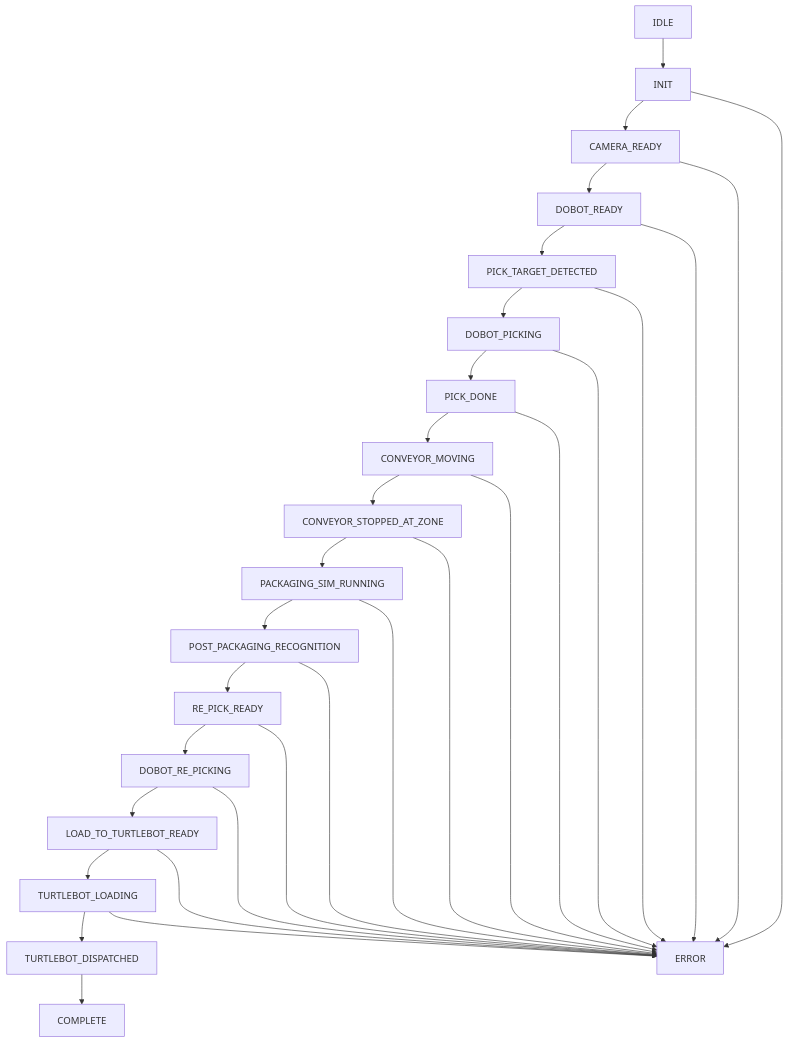
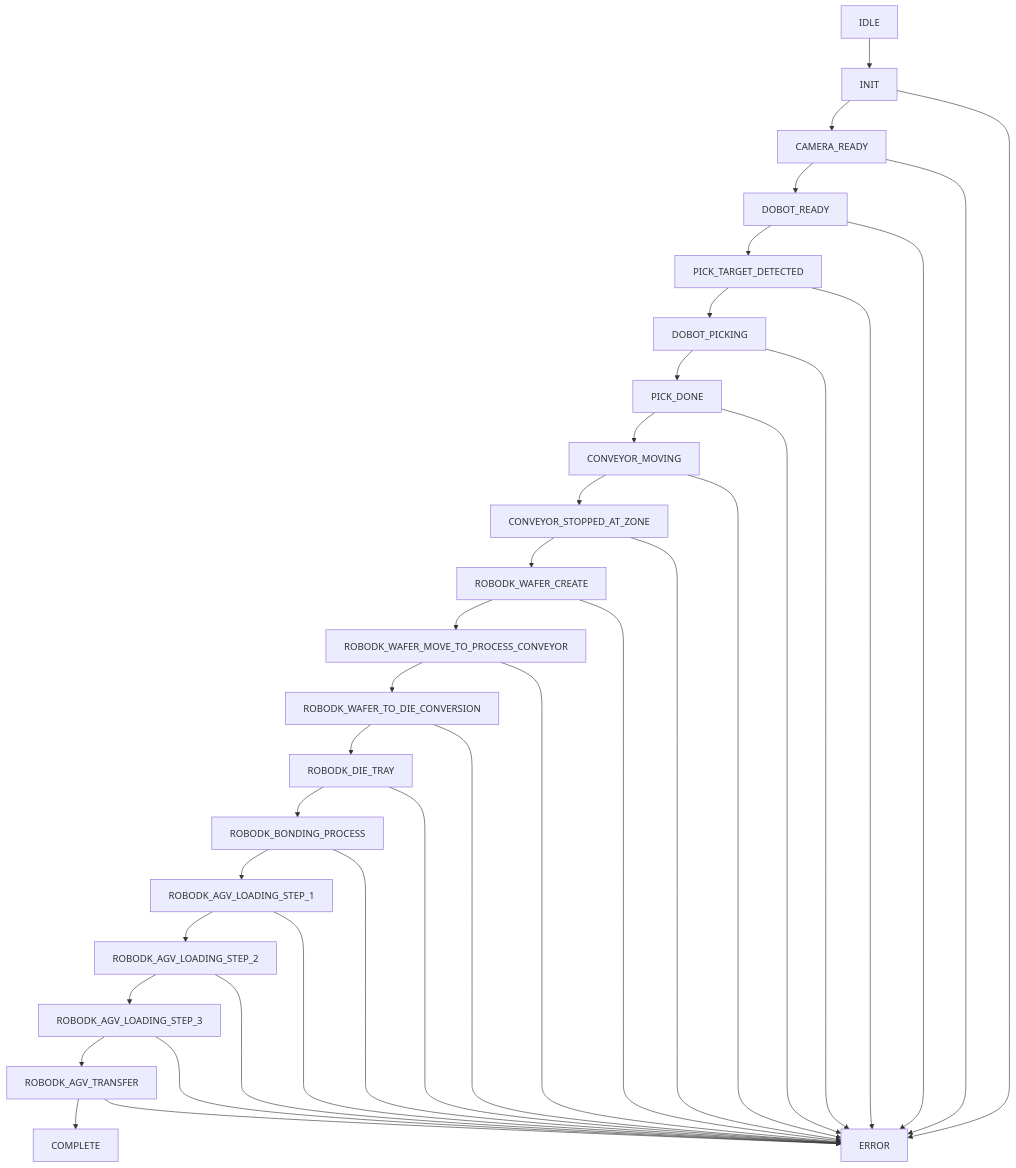
One commit to rootjihn/semiconductor-digital-twin changed the third of 5 diagrams in Modbus/README.md. Above: the diagram before and after it, drawn with Mermaid. The commit also changed other lines of this file and 97 other files, not shown here.

````diff
--- a/Modbus/README.md
+++ b/Modbus/README.md
@@ -367,34 +384,39 @@
 ```mermaid
 flowchart TD
     A[IDLE] --> B[INIT]
     B --> C[CAMERA_READY]
     C --> D[DOBOT_READY]
     D --> E[PICK_TARGET_DETECTED]
     E --> F[DOBOT_PICKING]
     F --> G[PICK_DONE]
     G --> H[CONVEYOR_MOVING]
     H --> I[CONVEYOR_STOPPED_AT_ZONE]
-    I --> J[PACKAGING_SIM_RUNNING]
-    J --> K[POST_PACKAGING_RECOGNITION]
-    K --> L[RE_PICK_READY]
-    L --> M[DOBOT_RE_PICKING]
-    M --> N[LOAD_TO_TURTLEBOT_READY]
-    N --> O[TURTLEBOT_LOADING]
-    O --> P[TURTLEBOT_DISPATCHED]
-    P --> Q[COMPLETE]
+    I --> J[ROBODK_WAFER_CREATE]
+    J --> K[ROBODK_WAFER_MOVE_TO_PROCESS_CONVEYOR]
+    K --> L[ROBODK_WAFER_TO_DIE_CONVERSION]
+    L --> M[ROBODK_DIE_TRAY]
+    M --> N[ROBODK_BONDING_PROCESS]
+    N --> O[ROBODK_AGV_LOADING_STEP_1]
+    O --> P[ROBODK_AGV_LOADING_STEP_2]
+    P --> Q[ROBODK_AGV_LOADING_STEP_3]
+    Q --> R[ROBODK_AGV_TRANSFER]
+    R --> S[COMPLETE]
 
     B --> Z[ERROR]
     C --> Z
     D --> Z
     E --> Z
     F --> Z
     G --> Z
     H --> Z
     I --> Z
     J --> Z
     K --> Z
     L --> Z
     M --> Z
     N --> Z
     O --> Z
+    P --> Z
+    Q --> Z
+    R --> Z
 ```
````
